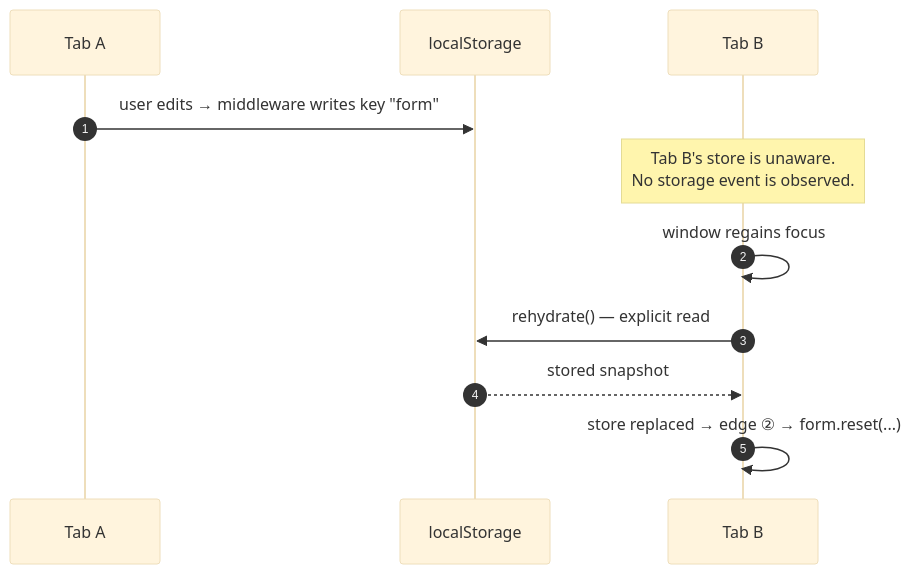
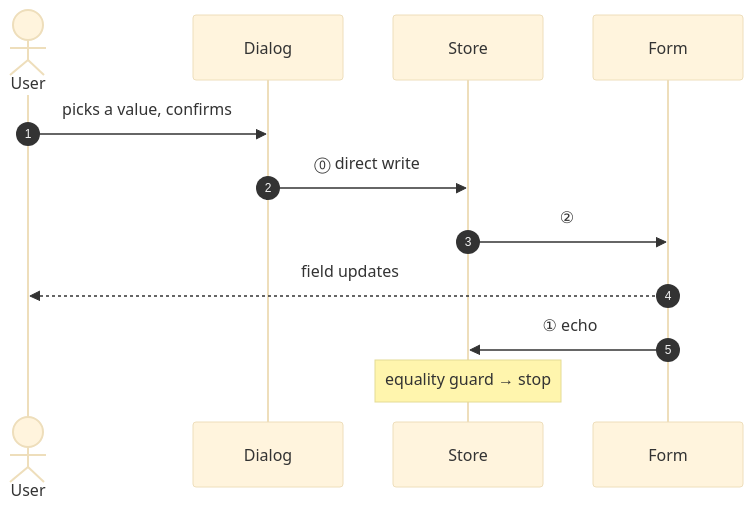
One commit to jadecubes/multi-party-state-sync changed the third of 10 diagrams in README.md. Above: the diagram before and after it, drawn with Mermaid (base theme). The commit also changed other lines of this file, not shown here.

````diff
--- a/README.md
+++ b/README.md
@@ -132,14 +61,15 @@
 ```mermaid
 sequenceDiagram
     autonumber
-    participant TA as Tab A
-    participant LS as localStorage
-    participant TB as Tab B
+    actor U as User
+    participant D as Dialog
+    participant S as Store
+    participant F as Form
 
-    TA->>LS: user edits → middleware writes key "form"
-    Note over TB: Tab B's store is unaware.<br/>No storage event is observed.
-    TB->>TB: window regains focus
-    TB->>LS: rehydrate() — explicit read
-    LS-->>TB: stored snapshot
-    TB->>TB: store replaced → edge ② → form.reset(...)
+    U->>D: picks a value, confirms
+    D->>S: ⓪ direct write
+    S->>F: ②
+    F-->>U: field updates
+    F->>S: ① echo
+    Note over S: equality guard → stop
 ```
````
